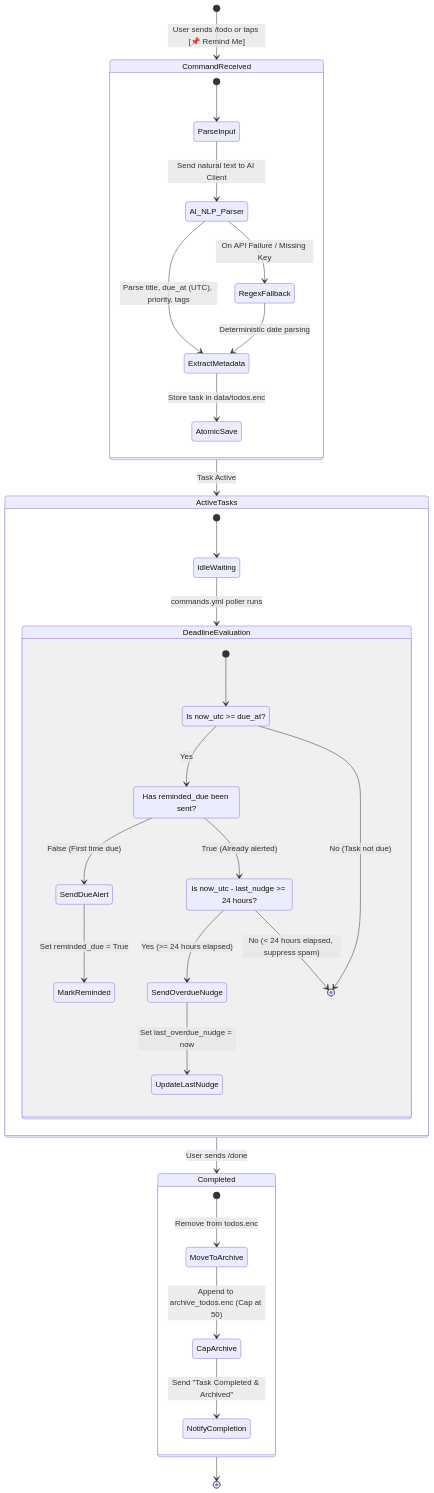
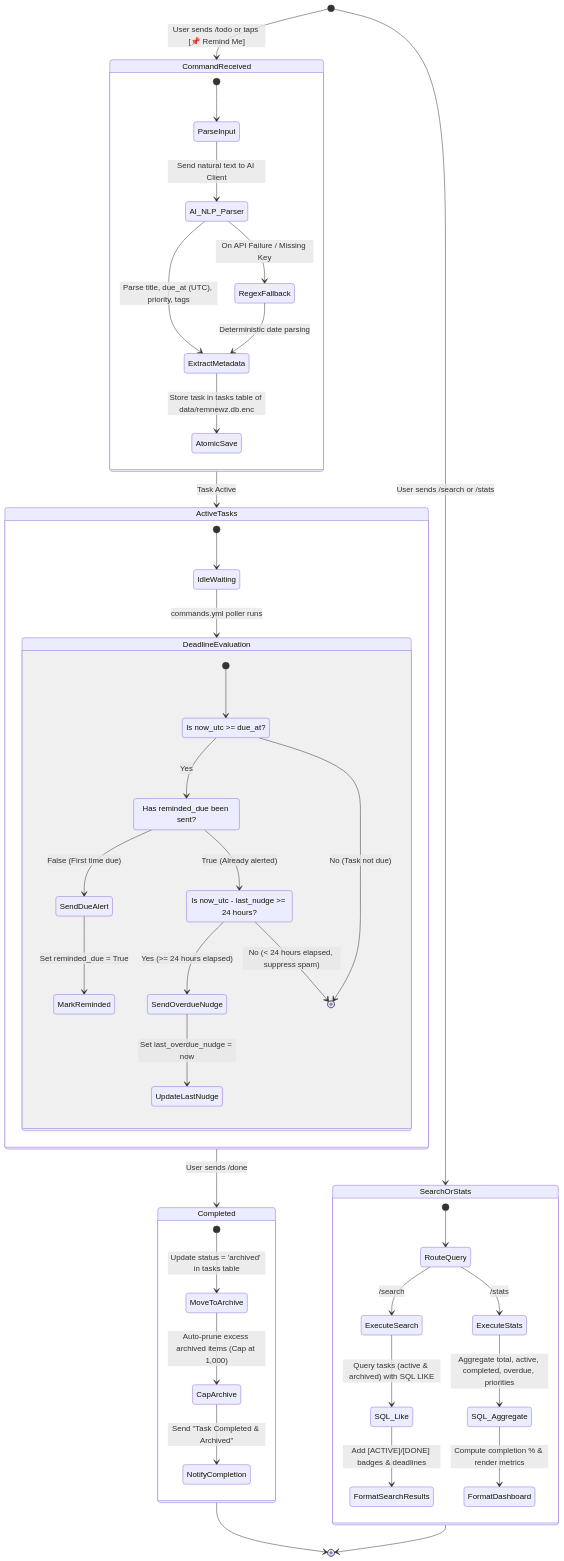
The third of 7 diagrams in Project Docs/structures.md (joydeepd900/RemNewz), drawn with Mermaid before and after one commit. The commit also changed other lines of this file and 2 other files, not shown here.

Commit message:
docs: update Phases, Architecture, and structures for SQLite migration and Search/Stats

````diff
--- a/Project Docs/structures.md
+++ b/Project Docs/structures.md
@@ -156,49 +156,64 @@
 ```mermaid
 stateDiagram-v2
     [*] --> CommandReceived: User sends /todo or taps [📌 Remind Me]
 
     state CommandReceived {
         [*] --> ParseInput
         ParseInput --> AI_NLP_Parser: Send natural text to AI Client
         AI_NLP_Parser --> ExtractMetadata: Parse title, due_at (UTC), priority, tags
         AI_NLP_Parser --> RegexFallback: On API Failure / Missing Key
         RegexFallback --> ExtractMetadata: Deterministic date parsing
-        ExtractMetadata --> AtomicSave: Store task in data/todos.enc
+        ExtractMetadata --> AtomicSave: Store task in tasks table of data/remnewz.db.enc
     }
 
     CommandReceived --> ActiveTasks: Task Active
 
     state ActiveTasks {
         [*] --> IdleWaiting
         IdleWaiting --> DeadlineEvaluation: commands.yml poller runs
         
         state DeadlineEvaluation {
             check_due: Is now_utc >= due_at?
             check_reminded: Has reminded_due been sent?
             check_snooze: Is now_utc - last_nudge >= 24 hours?
 
             [*] --> check_due
             check_due --> check_reminded: Yes
             check_due --> [*]: No (Task not due)
 
             check_reminded --> SendDueAlert: False (First time due)
             check_reminded --> check_snooze: True (Already alerted)
 
             SendDueAlert --> MarkReminded: Set reminded_due = True
             check_snooze --> SendOverdueNudge: Yes (>= 24 hours elapsed)
             check_snooze --> [*]: No (< 24 hours elapsed, suppress spam)
 
             SendOverdueNudge --> UpdateLastNudge: Set last_overdue_nudge = now
         }
     }
 
     ActiveTasks --> Completed: User sends /done <id>
     
     state Completed {
-        [*] --> MoveToArchive: Remove from todos.enc
-        MoveToArchive --> CapArchive: Append to archive_todos.enc (Cap at 50)
+        [*] --> MoveToArchive: Update status = 'archived' in tasks table
+        MoveToArchive --> CapArchive: Auto-prune excess archived items (Cap at 1,000)
         CapArchive --> NotifyCompletion: Send "Task Completed & Archived"
     }
 
     Completed --> [*]
+
+    [*] --> SearchOrStats: User sends /search or /stats
+
+    state SearchOrStats {
+        [*] --> RouteQuery
+        RouteQuery --> ExecuteSearch: /search <query>
+        ExecuteSearch --> SQL_Like: Query tasks (active & archived) with SQL LIKE
+        SQL_Like --> FormatSearchResults: Add [ACTIVE]/[DONE] badges & deadlines
+
+        RouteQuery --> ExecuteStats: /stats
+        ExecuteStats --> SQL_Aggregate: Aggregate total, active, completed, overdue, priorities
+        SQL_Aggregate --> FormatDashboard: Compute completion % & render metrics
+    }
+
+    SearchOrStats --> [*]
 ```
````
